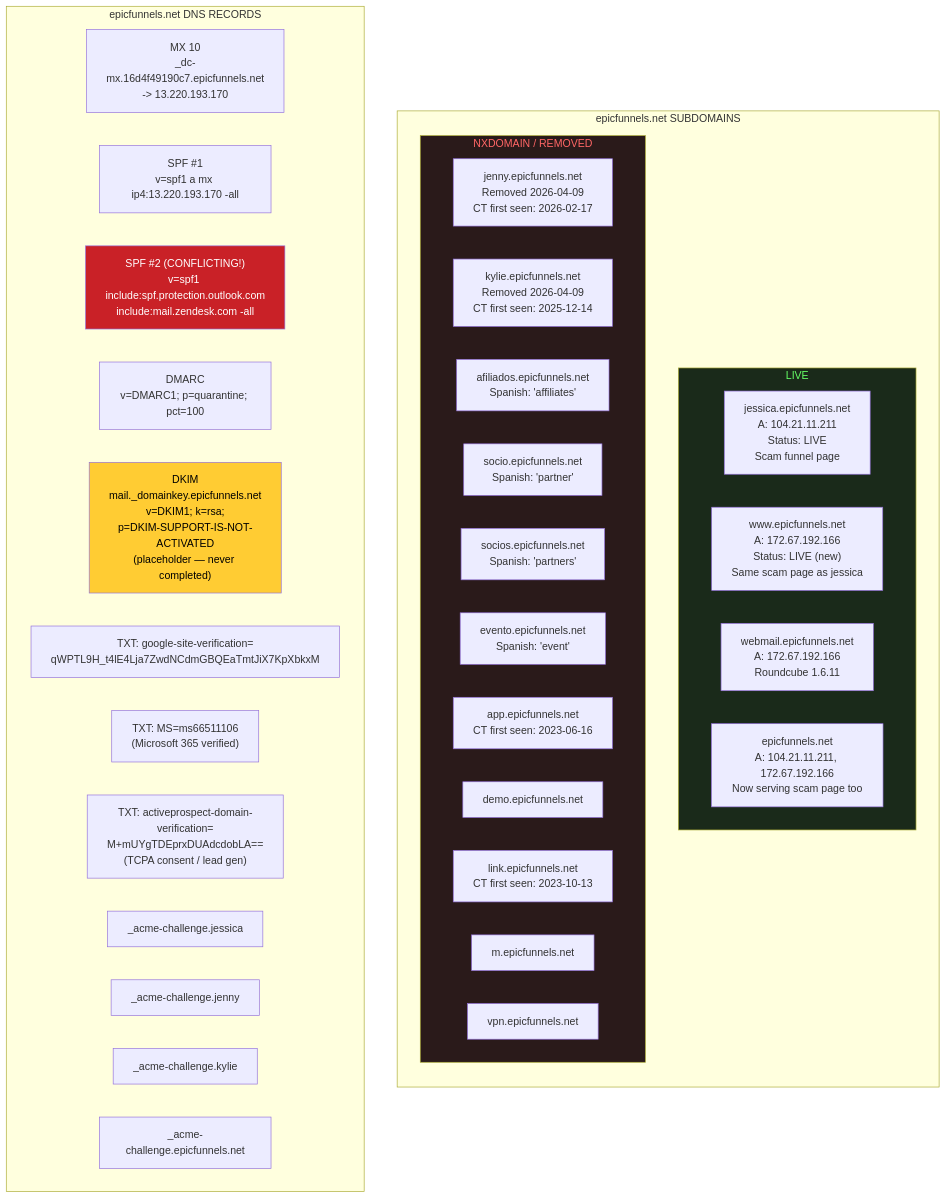
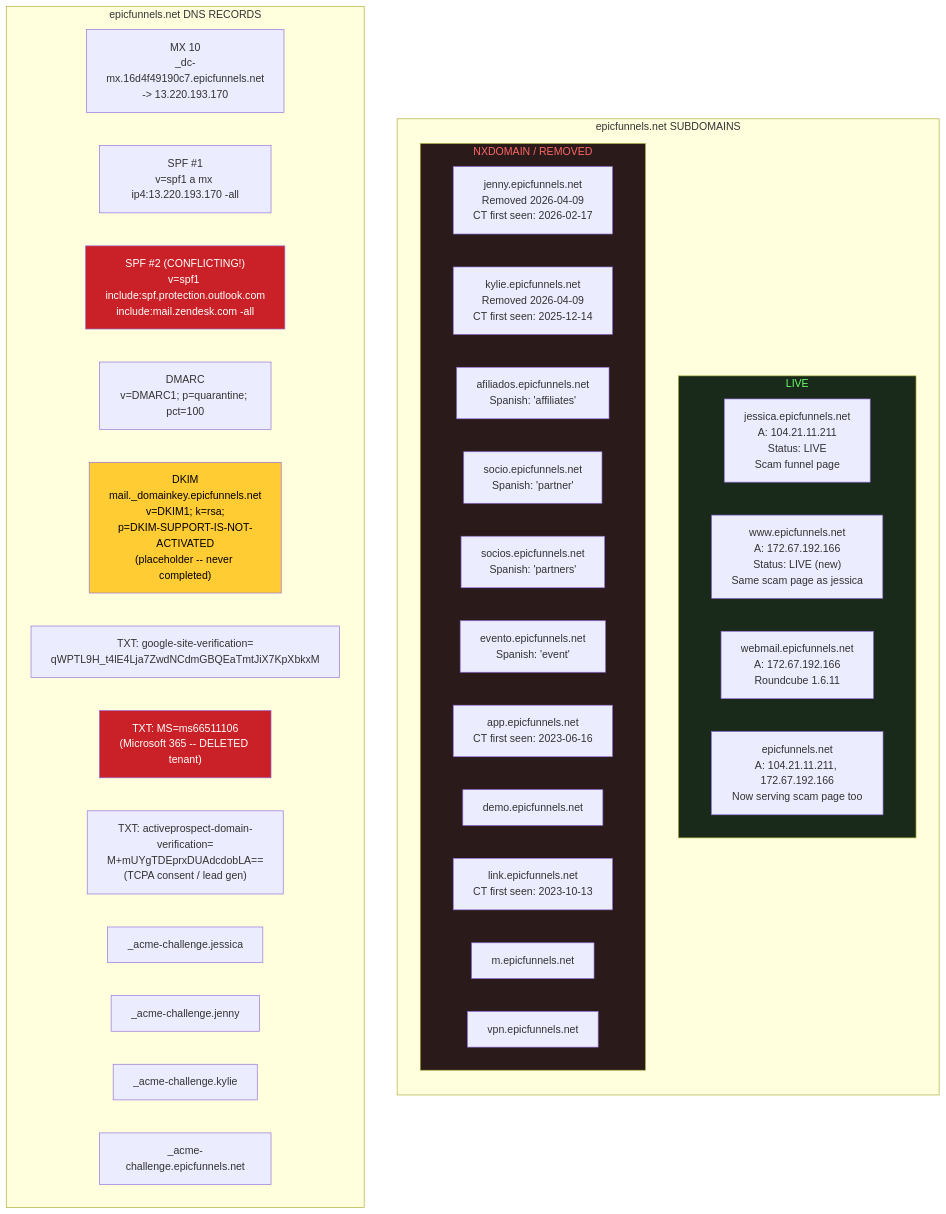
One commit to GrantKlassy/funny changed the sixth of 15 diagrams in investigations/epicfunnels/SCAM-FLOW.md. Above: the diagram before and after it, drawn with Mermaid. The commit also changed other lines of this file and 8 other files, not shown here.

````diff
--- a/investigations/epicfunnels/SCAM-FLOW.md
+++ b/investigations/epicfunnels/SCAM-FLOW.md
@@ -77,47 +173,48 @@
 ```mermaid
 flowchart TD
     subgraph EPIC_SUBS["epicfunnels.net SUBDOMAINS"]
         direction TB
 
         subgraph LIVE_SUBS["LIVE"]
             JESSICA["jessica.epicfunnels.net\nA: 104.21.11.211\nStatus: LIVE\nScam funnel page"]
             WWW["www.epicfunnels.net\nA: 172.67.192.166\nStatus: LIVE (new)\nSame scam page as jessica"]
             WEBMAIL["webmail.epicfunnels.net\nA: 172.67.192.166\nRoundcube 1.6.11"]
             ROOT["epicfunnels.net\nA: 104.21.11.211, 172.67.192.166\nNow serving scam page too"]
         end
 
         subgraph DEAD_SUBS["NXDOMAIN / REMOVED"]
             JENNY["jenny.epicfunnels.net\nRemoved 2026-04-09\nCT first seen: 2026-02-17"]
             KYLIE["kylie.epicfunnels.net\nRemoved 2026-04-09\nCT first seen: 2025-12-14"]
             AFILIADOS["afiliados.epicfunnels.net\nSpanish: 'affiliates'"]
             SOCIO["socio.epicfunnels.net\nSpanish: 'partner'"]
             SOCIOS["socios.epicfunnels.net\nSpanish: 'partners'"]
             EVENTO["evento.epicfunnels.net\nSpanish: 'event'"]
             APP["app.epicfunnels.net\nCT first seen: 2023-06-16"]
             DEMO["demo.epicfunnels.net"]
             LINK["link.epicfunnels.net\nCT first seen: 2023-10-13"]
             MOBILE["m.epicfunnels.net"]
             VPN["vpn.epicfunnels.net"]
         end
     end
 
     subgraph EPIC_DNS["epicfunnels.net DNS RECORDS"]
         MX["MX 10\n_dc-mx.16d4f49190c7.epicfunnels.net\n-> 13.220.193.170"]
         SPF1["SPF #1\nv=spf1 a mx ip4:13.220.193.170 -all"]
         SPF2["SPF #2 (CONFLICTING!)\nv=spf1 include:spf.protection.outlook.com\ninclude:mail.zendesk.com -all"]
         DMARC["DMARC\nv=DMARC1; p=quarantine; pct=100"]
-        DKIM["DKIM\nmail._domainkey.epicfunnels.net\nv=DKIM1; k=rsa;\np=DKIM-SUPPORT-IS-NOT-ACTIVATED\n(placeholder — never completed)"]
+        DKIM["DKIM\nmail._domainkey.epicfunnels.net\nv=DKIM1; k=rsa;\np=DKIM-SUPPORT-IS-NOT-ACTIVATED\n(placeholder -- never completed)"]
         GOOGLE_V["TXT: google-site-verification=\nqWPTL9H_t4lE4Lja7ZwdNCdmGBQEaTmtJiX7KpXbkxM"]
-        MS_V["TXT: MS=ms66511106\n(Microsoft 365 verified)"]
+        MS_V["TXT: MS=ms66511106\n(Microsoft 365 -- DELETED tenant)"]
         AP_V["TXT: activeprospect-domain-verification=\nM+mUYgTDEprxDUAdcdobLA==\n(TCPA consent / lead gen)"]
         ACME1["_acme-challenge.jessica"]
         ACME2["_acme-challenge.jenny"]
         ACME3["_acme-challenge.kylie"]
         ACME4["_acme-challenge.epicfunnels.net"]
     end
 
     style DEAD_SUBS fill:#2a1a1a,color:#ff6666
     style LIVE_SUBS fill:#1a2a1a,color:#66ff66
     style SPF2 fill:#c92127,color:#fff
     style DKIM fill:#ffcc33,color:#000
+    style MS_V fill:#c92127,color:#fff
 ```
````
